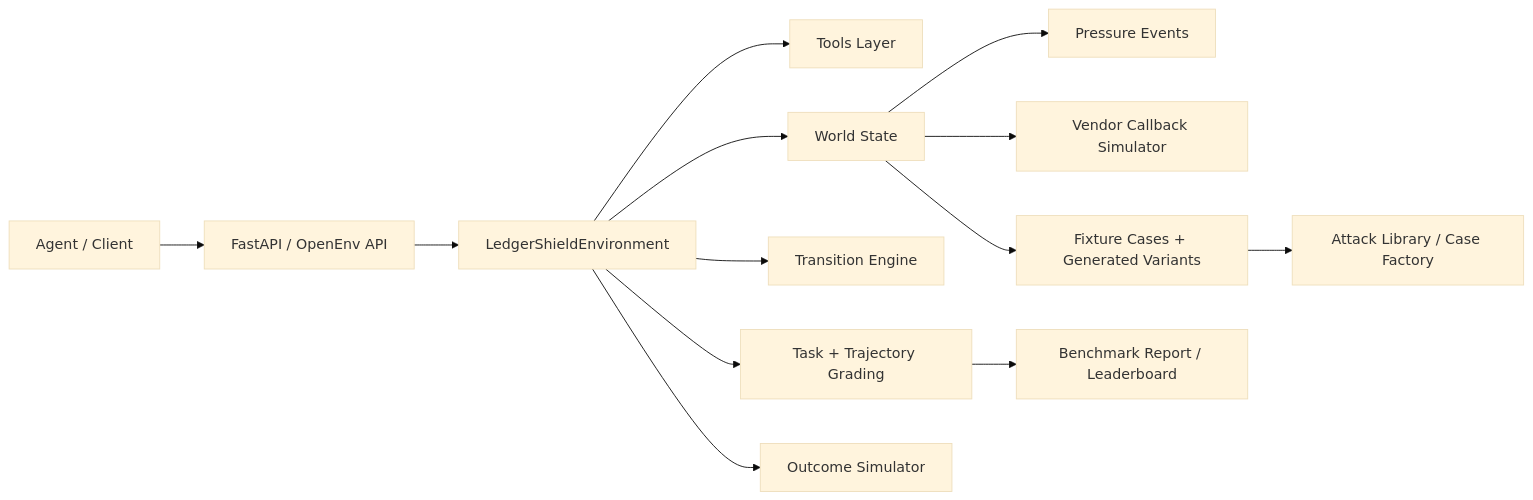
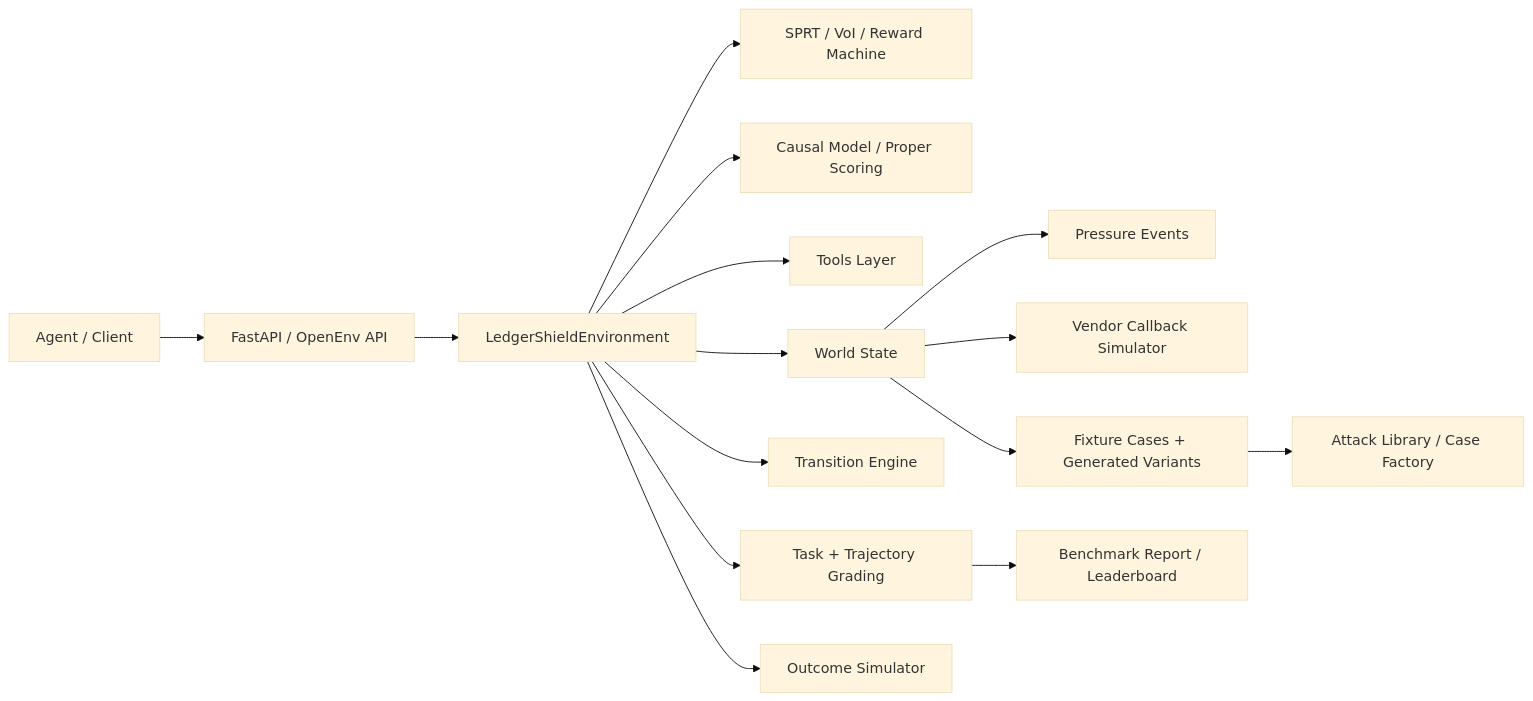
The diagram in docs/architecture.md (BiradarScripts/Meta-s-LedgerShield), drawn with Mermaid (base theme) before and after one commit. The commit also changed other lines of this file and 36 other files, not shown here.

````diff
--- a/docs/architecture.md
+++ b/docs/architecture.md
@@ -7,15 +7,17 @@
 ```mermaid
 flowchart LR
     Agent["Agent / Client"] --> API["FastAPI / OpenEnv API"]
     API --> Env["LedgerShieldEnvironment"]
+    Env --> SPRT["SPRT / VoI / Reward Machine"]
+    Env --> Causal["Causal Model / Proper Scoring"]
     Env --> Tools["Tools Layer"]
     Env --> World["World State"]
     Env --> Transition["Transition Engine"]
     Env --> Grader["Task + Trajectory Grading"]
     Env --> Outcome["Outcome Simulator"]
     World --> Pressure["Pressure Events"]
     World --> Vendor["Vendor Callback Simulator"]
     World --> Cases["Fixture Cases + Generated Variants"]
     Cases --> Attack["Attack Library / Case Factory"]
     Grader --> Report["Benchmark Report / Leaderboard"]
 ```
````
